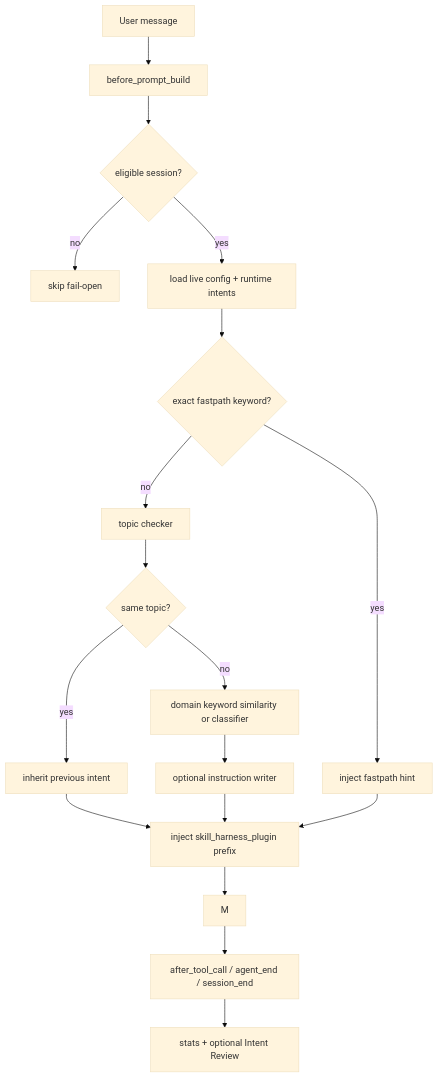
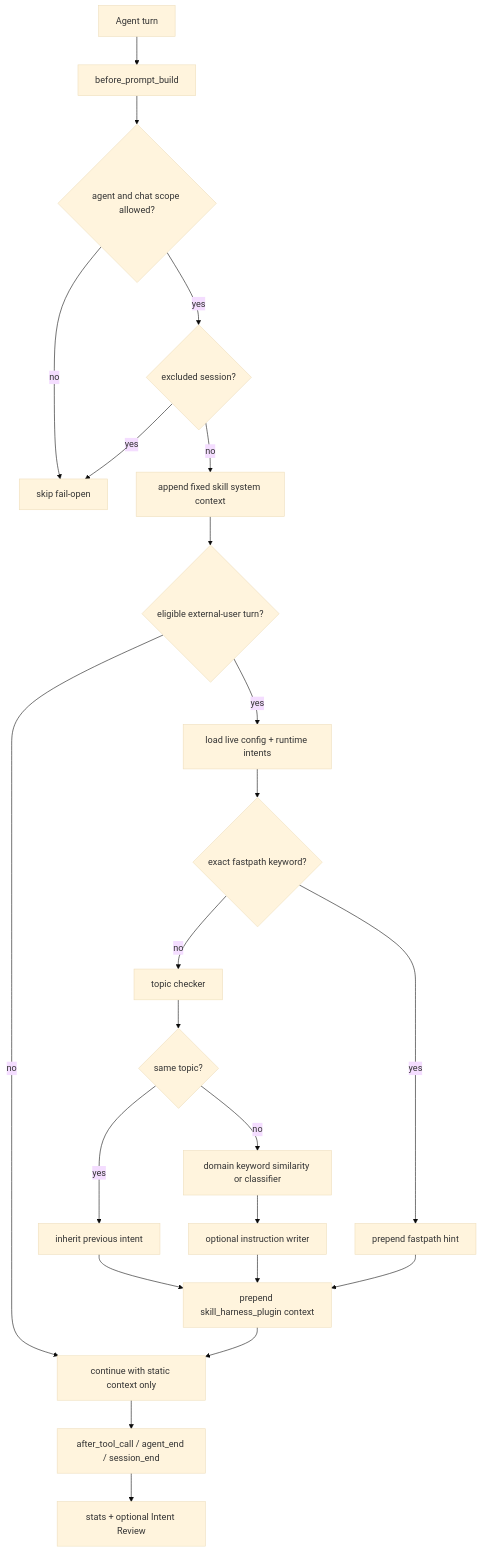
The diagram in README.md (ani6439walc/openclaw-plugin-skill-harness), drawn with Mermaid (base theme) before and after one commit. The commit also changed other lines of this file and 13 other files, not shown here.

Commit message:
✨ feat(hooks): append fixed skill system context to authorized turns

````diff
--- a/README.md
+++ b/README.md
@@ -49,20 +50,25 @@
 ```mermaid
 graph TD
-  A[User message] --> B[before_prompt_build]
-  B --> C{eligible session?}
+  A[Agent turn] --> B[before_prompt_build]
+  B --> C{agent and chat scope allowed?}
   C -->|no| Z[skip fail-open]
-  C -->|yes| D[load live config + runtime intents]
+  C -->|yes| Q{excluded session?}
+  Q -->|yes| Z
+  Q -->|no| P[append fixed skill system context]
+  P --> R{eligible external-user turn?}
+  R -->|no| M[continue with static context only]
+  R -->|yes| D[load live config + runtime intents]
   D --> E{exact fastpath keyword?}
-  E -->|yes| F[inject fastpath hint]
+  E -->|yes| F[prepend fastpath hint]
   E -->|no| G[topic checker]
   G --> H{same topic?}
   H -->|yes| I[inherit previous intent]
   H -->|no| J[domain keyword similarity or classifier]
   J --> K[optional instruction writer]
-  I --> L[inject skill_harness_plugin prefix]
+  I --> L[prepend skill_harness_plugin context]
   K --> L
   F --> L
   L --> M
   M --> N[after_tool_call / agent_end / session_end]
   N --> O[stats + optional Intent Review]
 ```
````
